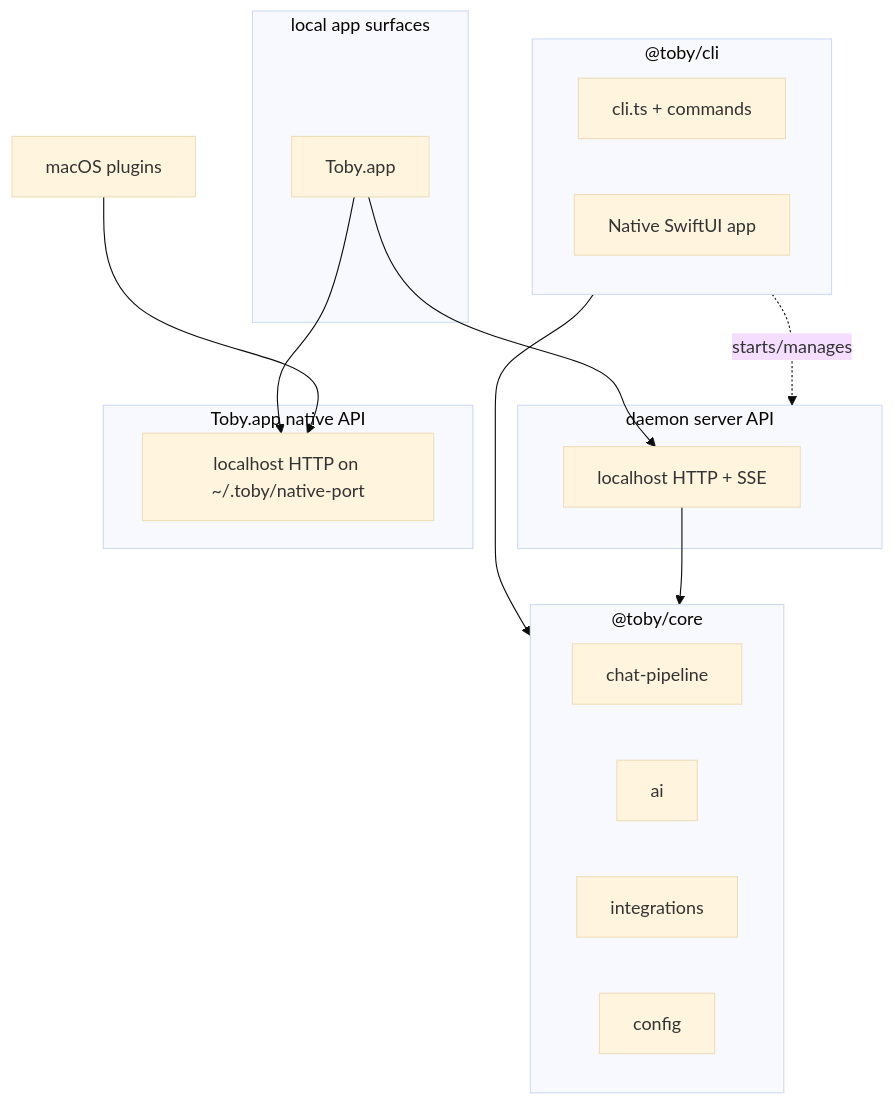
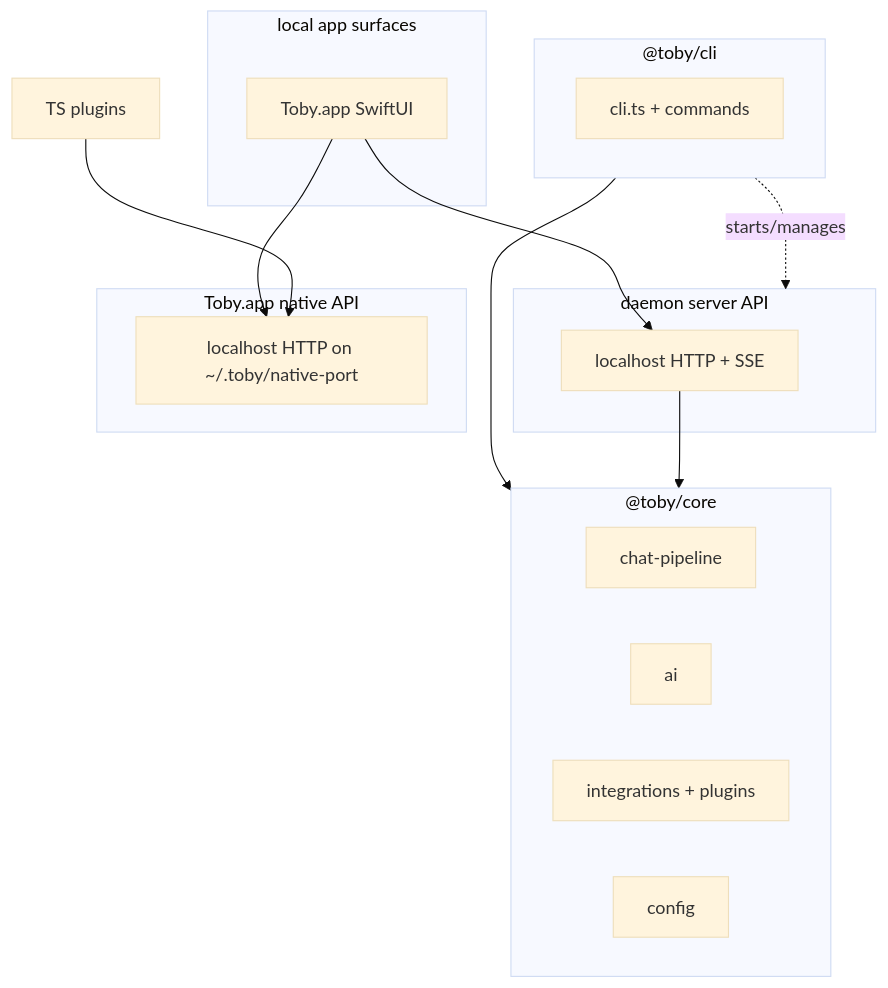
One commit to kshehadeh/toby changed the first of 2 diagrams in docs/architecture.md. Above: the diagram before and after it, drawn with Mermaid (base theme). The commit also changed other lines of this file and 14 other files, not shown here.

First line of the commit message:
docs: align contributor docs with plugin-first architecture

````diff
--- a/docs/architecture.md
+++ b/docs/architecture.md
@@ -19,29 +19,28 @@
 ```mermaid
 flowchart TB
   subgraph core ["@toby/core"]
     pipe[chat-pipeline]
     ai[ai]
-    integ[integrations]
+    integ[integrations + plugins]
     cfg[config]
   end
   subgraph cli ["@toby/cli"]
     entry[cli.ts + commands]
-    ui[Native SwiftUI app]
   end
   subgraph daemon ["daemon server API"]
     api[localhost HTTP + SSE]
   end
   subgraph native ["Toby.app native API"]
     nativeApi["localhost HTTP on ~/.toby/native-port"]
   end
   subgraph surfaces ["local app surfaces"]
-    app["Toby.app"]
+    app["Toby.app SwiftUI"]
   end
-  plugins["macOS plugins"]
+  plugins["TS plugins"]
   cli --> core
   cli -. starts/manages .-> daemon
   app --> api
   app --> nativeApi
   plugins --> nativeApi
   api --> core
 ```
````
